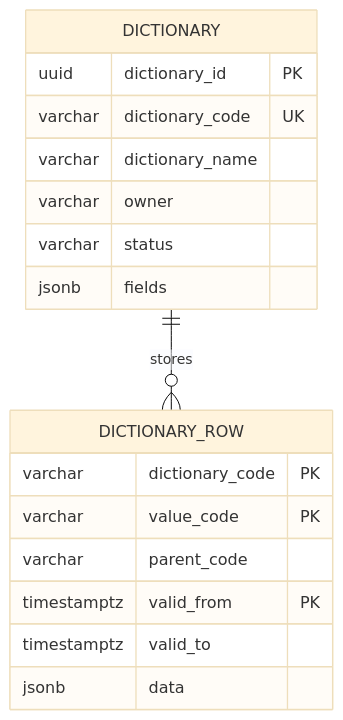
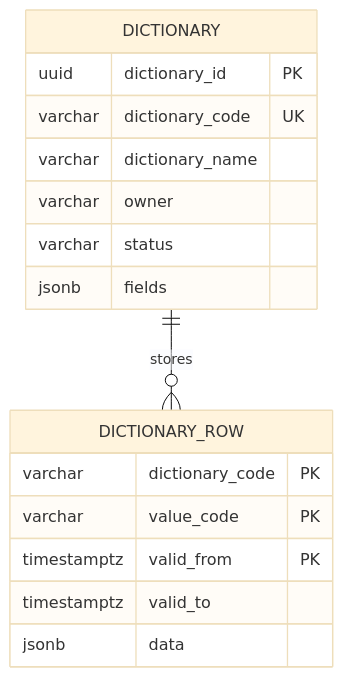
The diagram in docs/1. functional/specification/v2 - 1 таблица/DB.md (StrannikE95/reference_data), drawn with Mermaid (base theme) before and after one commit. The commit also changed other lines of this file and 9 other files, not shown here.

````diff
--- a/docs/1. functional/specification/v2 - 1 таблица/DB.md
+++ b/docs/1. functional/specification/v2 - 1 таблица/DB.md
@@ -9,22 +9,21 @@
 ```mermaid
 erDiagram
     DICTIONARY ||--o{ DICTIONARY_ROW : stores
 
     DICTIONARY {
         uuid dictionary_id PK
         varchar dictionary_code UK
         varchar dictionary_name
         varchar owner
         varchar status
         jsonb fields
     }
 
     DICTIONARY_ROW {
         varchar dictionary_code PK
         varchar value_code PK
-        varchar parent_code
         timestamptz valid_from PK
         timestamptz valid_to
         jsonb data
     }
 ```
````
